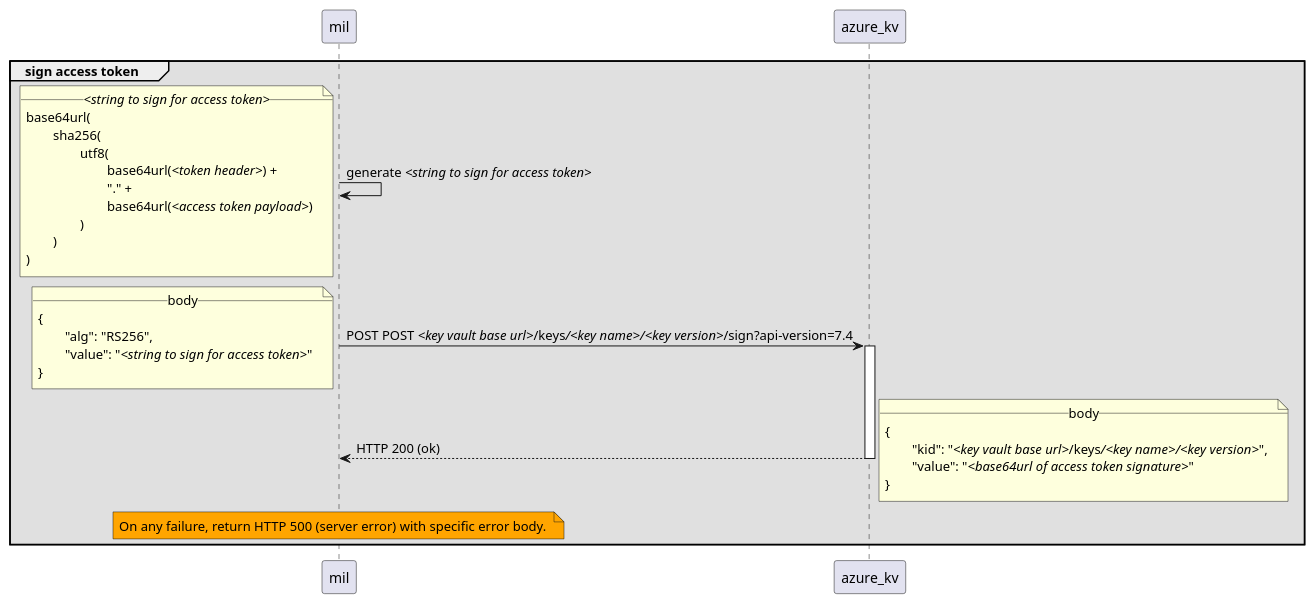
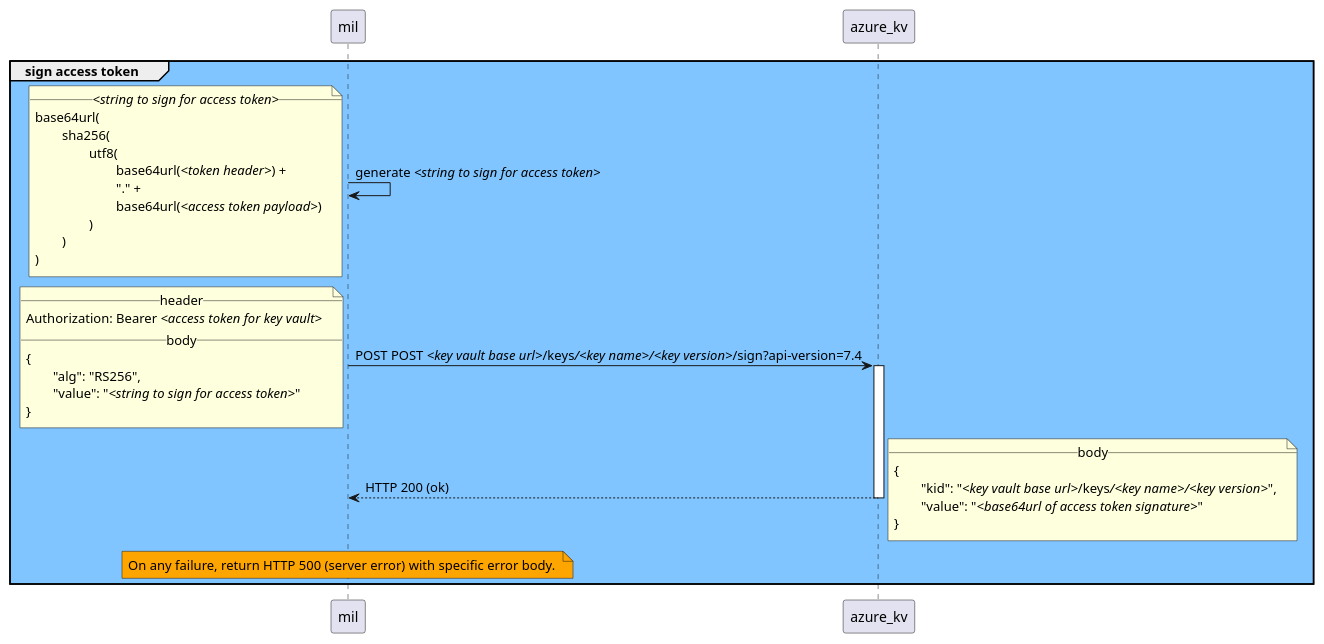
One commit to pagopa/mil-diags changed the diagram in sequence_diags/pagoPA/pos_management/sign_access_token.puml. Above: the diagram before and after it, drawn with PlantUML. The commit also changed 26 other files, not shown here.

```diff
--- a/sequence_diags/pagoPA/pos_management/sign_access_token.puml
+++ b/sequence_diags/pagoPA/pos_management/sign_access_token.puml
@@ -1,37 +1,39 @@
-group #E0E0E0 sign access token
+group #80C5FF sign access token
 	mil -> mil : generate //<string to sign for access token>//
 		note left
 			__//<string to sign for access token>//__
 			base64url(
 				sha256(
 					utf8(
 						base64url(//<token header>//) +
 						"." +
 						base64url(//<access token payload>//)
 					)
 				)
 			)
 		end note
 
 	mil -> azure_kv ++ : POST POST //<key vault base url>///keys///<key name>/////<key version>///sign?api-version=7.4
 		note left
+			__header__
+			Authorization: Bearer //<access token for key vault>//
 			__body__
 			{
 				"alg": "RS256",
 				"value": "//<string to sign for access token>//"
 			}
 		end note
 
 	azure_kv --> mil -- : HTTP 200 (ok)
 		note right
 			__body__
 			{
 				"kid": "//<key vault base url>///keys///<key name>/////<key version>//",
 				"value": "//<base64url of access token signature>//"
 			}
 		end note
 	
 	note over mil #Orange
 		On any failure, return HTTP 500 (server error) with specific error body. 
 	end note
 end
```
